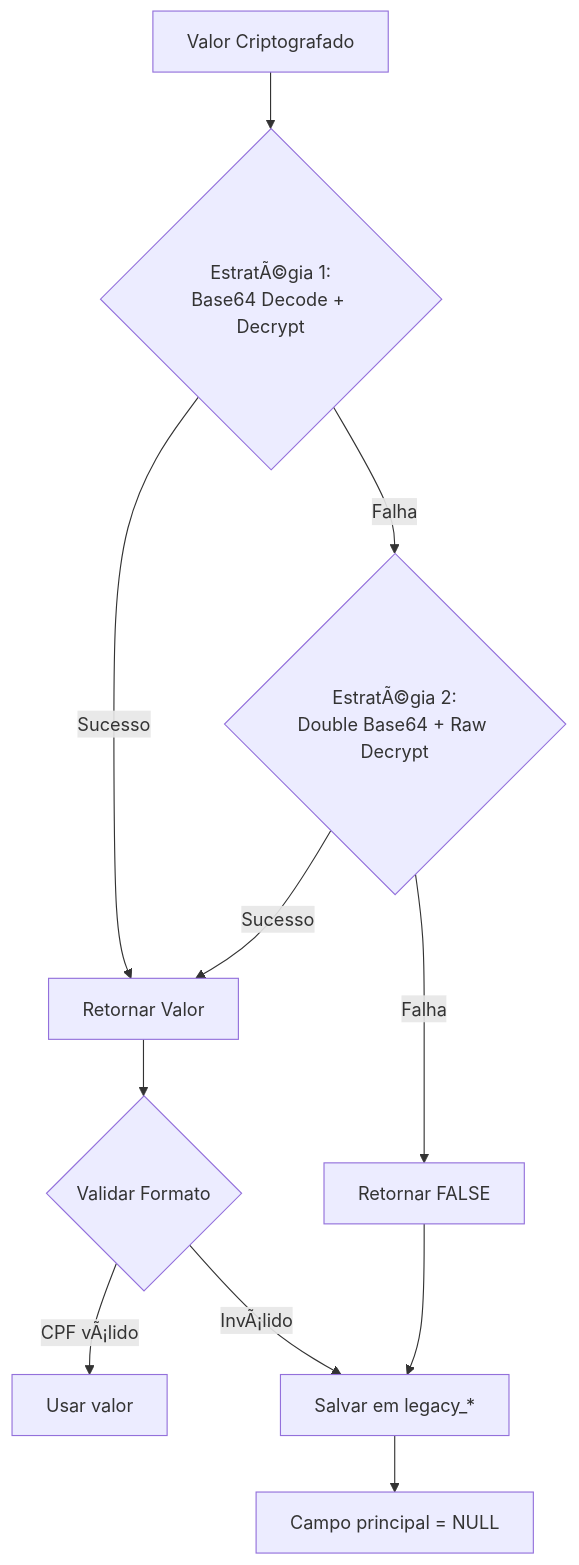
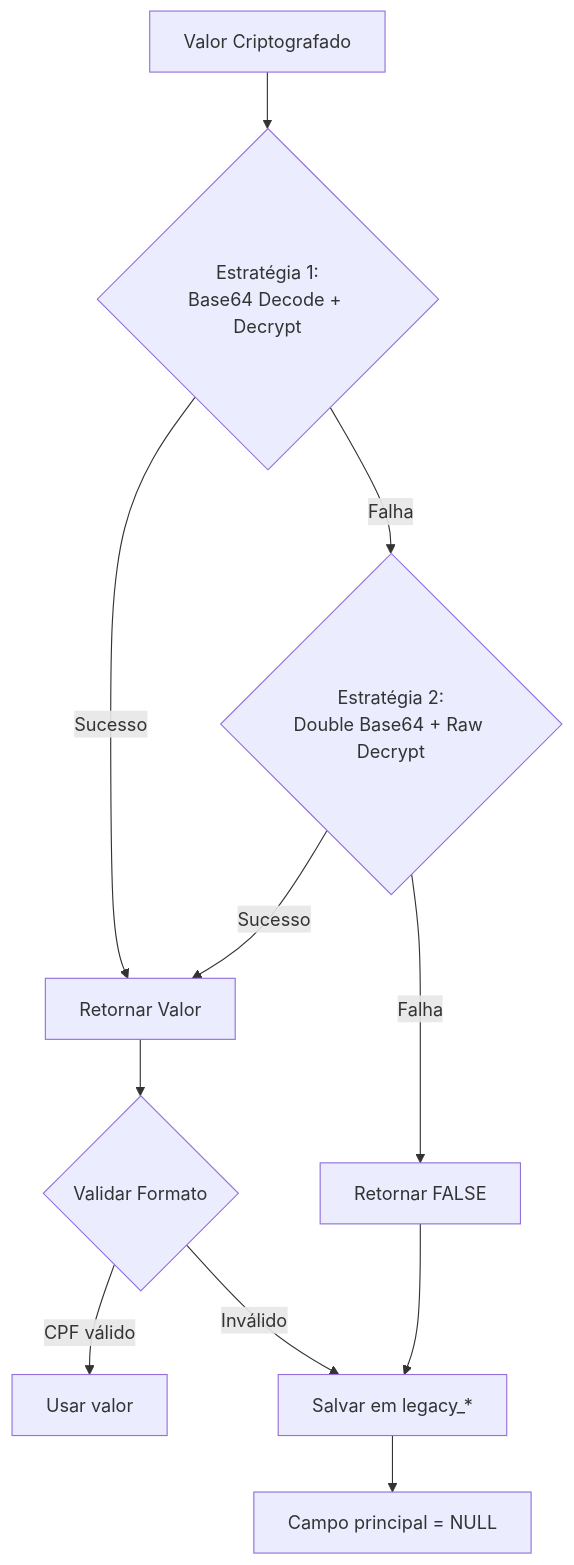
The third of 5 diagrams in docs/architecture/migration_architecture.md (vhpontes/portal-inclusao-showcase), drawn with Mermaid before and after one commit. The commit also changed other lines of this file and 17 other files, not shown here.

````diff
--- a/docs/architecture/migration_architecture.md
+++ b/docs/architecture/migration_architecture.md
@@ -120,15 +120,15 @@
 ```mermaid
 flowchart TD
-    A[Valor Criptografado] --> B{EstratÃ©gia 1:<br/>Base64 Decode + Decrypt}
+    A[Valor Criptografado] --> B{Estratégia 1:<br/>Base64 Decode + Decrypt}
     B -->|Sucesso| C[Retornar Valor]
-    B -->|Falha| D{EstratÃ©gia 2:<br/>Double Base64 + Raw Decrypt}
+    B -->|Falha| D{Estratégia 2:<br/>Double Base64 + Raw Decrypt}
     D -->|Sucesso| C
     D -->|Falha| E[Retornar FALSE]
     
     E --> F[Salvar em legacy_*]
     F --> G[Campo principal = NULL]
     
     C --> H{Validar Formato}
-    H -->|CPF vÃ¡lido| I[Usar valor]
-    H -->|InvÃ¡lido| F
+    H -->|CPF válido| I[Usar valor]
+    H -->|Inválido| F
 ```
````
